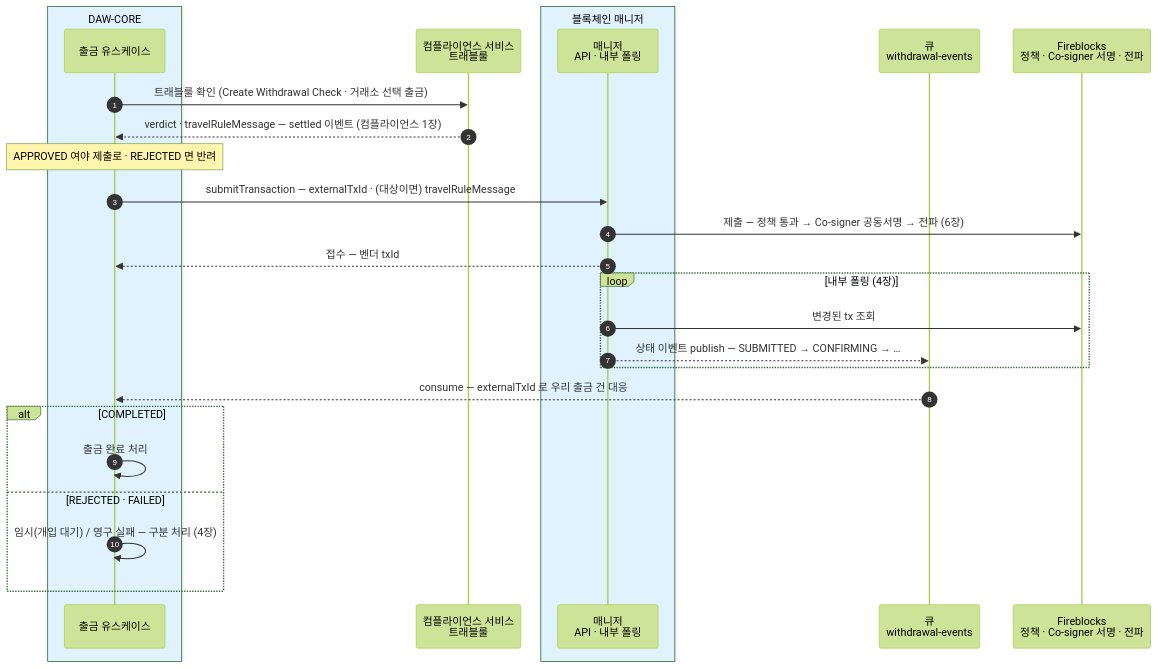
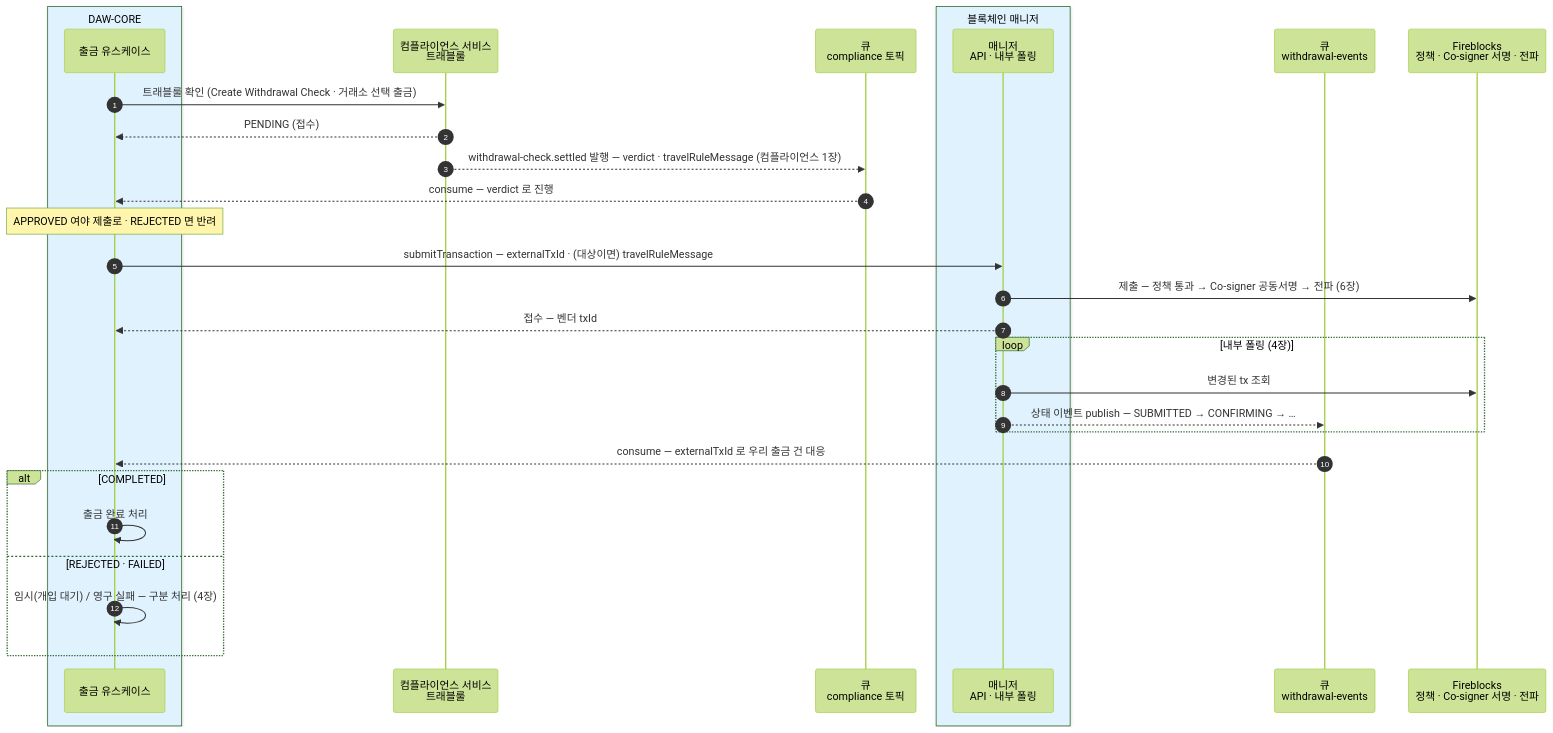
One commit to eunsujeo/eunpus changed the first of 2 diagrams in blockchain-manager/docs/블록체인매니저/설계/16-interface.md. Above: the diagram before and after it, drawn with Mermaid (forest theme). The commit also changed other lines of this file and 8 other files, not shown here.

````diff
--- a/blockchain-manager/docs/블록체인매니저/설계/16-interface.md
+++ b/blockchain-manager/docs/블록체인매니저/설계/16-interface.md
@@ -55,30 +55,33 @@
 ```mermaid
 sequenceDiagram
     autonumber
     box rgb(224,242,254) DAW-CORE
     participant BE as 출금 유스케이스
     end
     participant CP as 컴플라이언스 서비스<br/>트래블룰
+    participant MQC as 큐<br/>compliance 토픽
     box rgb(224,242,254) 블록체인 매니저
     participant BM as 매니저<br/>API · 내부 폴링
     end
     participant MQ as 큐<br/>withdrawal-events
     participant FB as Fireblocks<br/>정책 · Co-signer 서명 · 전파
 
     BE->>CP: 트래블룰 확인 (Create Withdrawal Check · 거래소 선택 출금)
-    CP-->>BE: verdict · travelRuleMessage — settled 이벤트 (컴플라이언스 1장)
+    CP-->>BE: PENDING (접수)
+    CP-->>MQC: withdrawal-check.settled 발행 — verdict · travelRuleMessage (컴플라이언스 1장)
+    MQC-->>BE: consume — verdict 로 진행
     Note over BE: APPROVED 여야 제출로 · REJECTED 면 반려
     BE->>BM: submitTransaction — externalTxId · (대상이면) travelRuleMessage
     BM->>FB: 제출 — 정책 통과 → Co-signer 공동서명 → 전파 (6장)
     BM-->>BE: 접수 — 벤더 txId
     loop 내부 폴링 (4장)
         BM->>FB: 변경된 tx 조회
         BM-->>MQ: 상태 이벤트 publish — SUBMITTED → CONFIRMING → …
     end
     MQ-->>BE: consume — externalTxId 로 우리 출금 건 대응
     alt COMPLETED
         BE->>BE: 출금 완료 처리
     else REJECTED · FAILED
         BE->>BE: 임시(개입 대기) / 영구 실패 — 구분 처리 (4장)
     end
 ```
````
